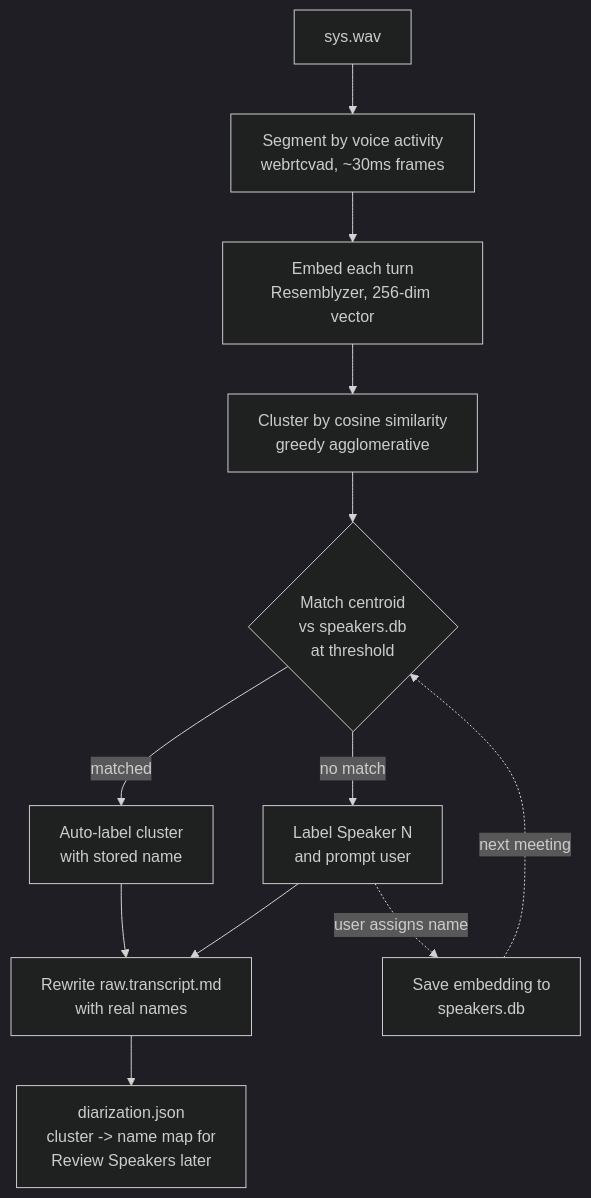
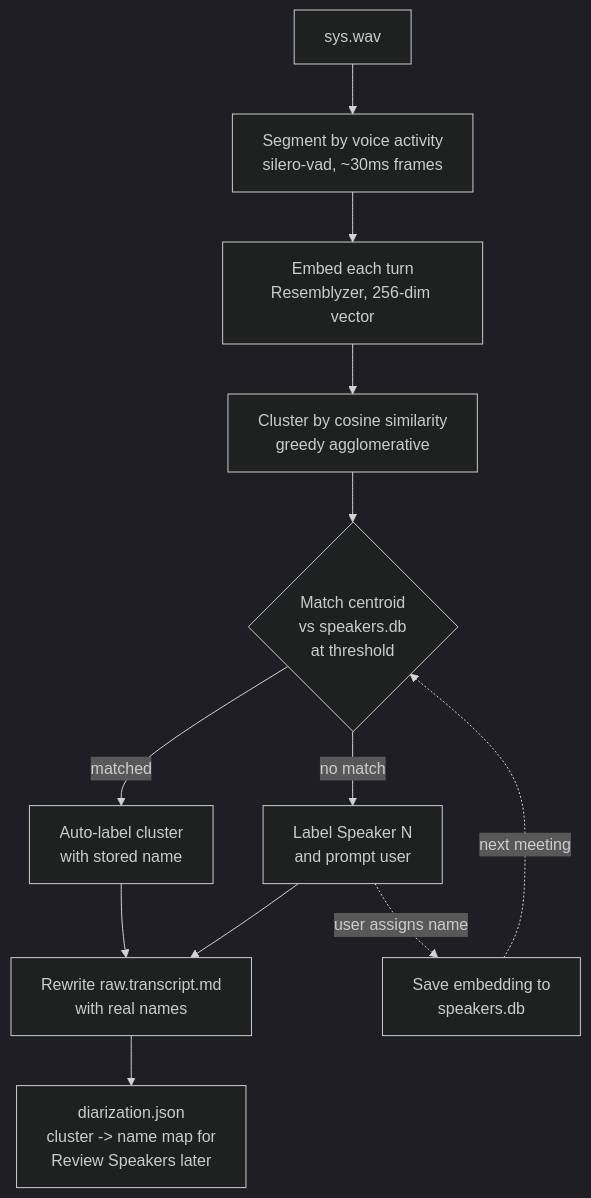
One commit to aarondodd/meeting-notetaker changed the second of 2 diagrams in README.md. Above: the diagram before and after it, drawn with Mermaid (dark theme). The commit also changed other lines of this file and 6 other files, not shown here.

````diff
--- a/README.md
+++ b/README.md
@@ -438,14 +438,14 @@
 ```mermaid
 flowchart TD
-    A[sys.wav] --> B[Segment by voice activity<br/>webrtcvad, ~30ms frames]
+    A[sys.wav] --> B[Segment by voice activity<br/>silero-vad, ~30ms frames]
     B --> C[Embed each turn<br/>Resemblyzer, 256-dim vector]
     C --> D[Cluster by cosine similarity<br/>greedy agglomerative]
     D --> E{Match centroid<br/>vs speakers.db<br/>at threshold}
     E -->|matched| F[Auto-label cluster<br/>with stored name]
     E -->|no match| G[Label Speaker N<br/>and prompt user]
     F --> H[Rewrite raw.transcript.md<br/>with real names]
     G --> H
     G -. user assigns name .-> I[Save embedding to<br/>speakers.db]
     I -. next meeting .-> E
     H --> J[diarization.json<br/>cluster -> name map for<br/>Review Speakers later]
 ```
````
